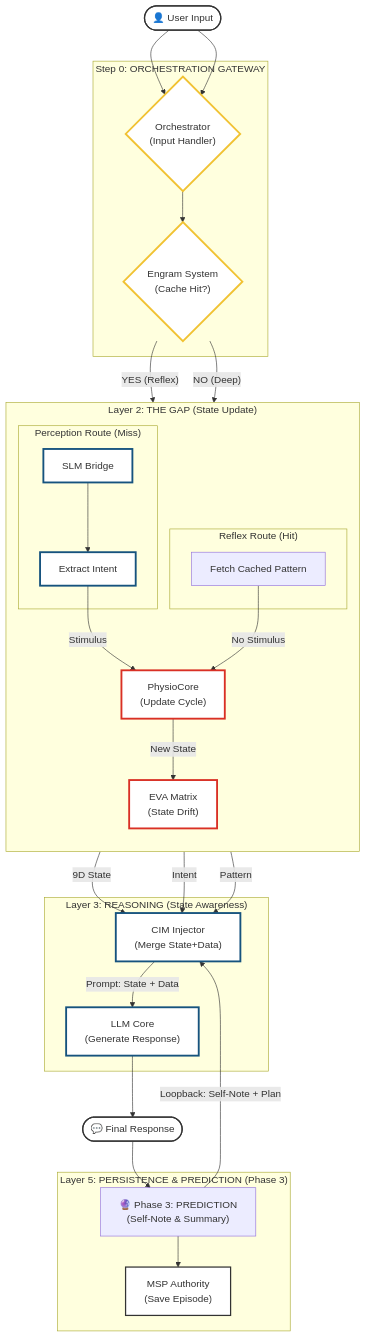
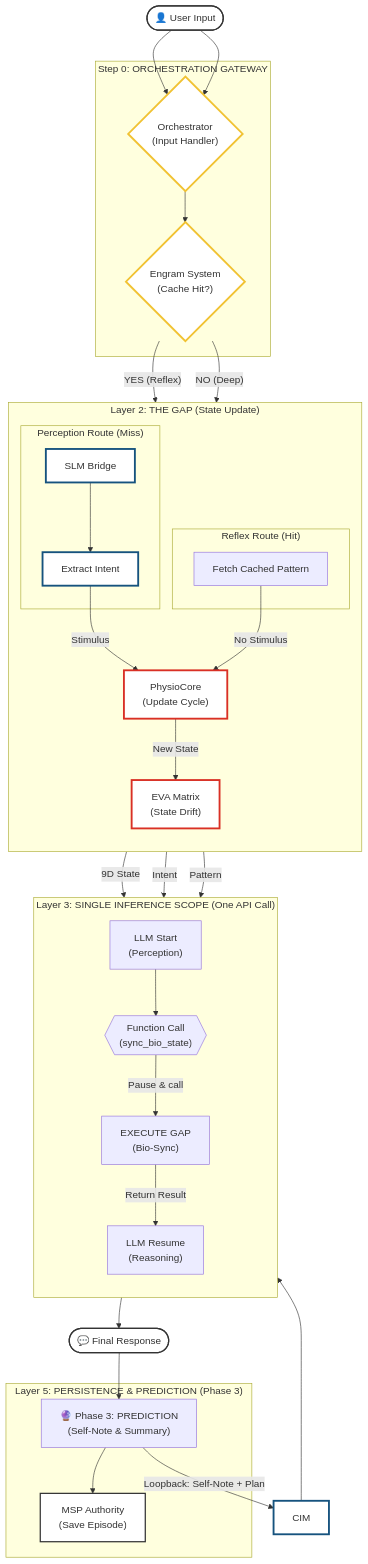
The diagram in docs/03_Architecture/FULL_SYSTEM_ARCHITECTURE_v9.6.2.md (Freshair129/agentic_agent), drawn with Mermaid before and after one commit.

Commit message:
[Docs] Enforced One-Inference Loop (Function Calling) in Architecture Diagram

```diff
--- a/docs/03_Architecture/FULL_SYSTEM_ARCHITECTURE_v9.6.2.md
+++ b/docs/03_Architecture/FULL_SYSTEM_ARCHITECTURE_v9.6.2.md
@@ -68,20 +68,29 @@
     %% 4. CONTEXT & REASONING (Synthesis)
     %% ==========================================
     %% CRITICAL: CIM must inject State into LLM regardless of path
-    subgraph Reason ["Layer 3: REASONING (State Awareness)"]
-        CIM["CIM Injector<br/>(Merge State+Data)"]
-        LLM["LLM Core<br/>(Generate Response)"]
+    %% ==========================================
+    %% 4. SINGLE INFERENCE SCOPE (Function Calling Loop)
+    %% ==========================================
+    %% CRITICAL: This is ONE API Call, paused for The Gap
+    subgraph Inference ["Layer 3: SINGLE INFERENCE SCOPE (One API Call)"]
+        direction TB
+        LLM_Start["LLM Start<br/>(Perception)"]
+        FnCall{{"Function Call<br/>(sync_bio_state)"}}
+        Gap_Execution["EXECUTE GAP<br/>(Bio-Sync)"]
+        LLM_Resume["LLM Resume<br/>(Reasoning)"]
     end
 
-    Matrix -->|9D State| CIM
-    ExtractIntent -->|Intent| CIM
-    FetchCached -->|Pattern| CIM
+    %% Wiring the Loop
+    CIM --> LLM_Start
+    LLM_Start --> FnCall
+    FnCall -->|Pause & call| Gap_Execution
     
-    CIM -->|Prompt: State + Data| LLM
-
-    %% ==========================================
-    %% 5. OUTPUT & PERSISTENCE
-    %% ==========================================
+    %% The Gap connects here
+    Matrix -->|9D State| Gap_Execution
+    ExtractIntent -->|Intent| Gap_Execution
+    FetchCached -->|Pattern| Gap_Execution
+    
+    Gap_Execution -->|Return Result| LLM_Resume
 
     %% ==========================================
     %% 5. OUTPUT & PERSISTENCE
@@ -91,7 +100,7 @@
         Phase3["🔮 Phase 3: PREDICTION<br/>(Self-Note & Summary)"]
     end
 
-    LLM --> FinalOut(["💬 Final Response"])
+    LLM_Resume --> FinalOut(["💬 Final Response"])
     FinalOut --> Phase3
     Phase3 -->|Loopback: Self-Note + Plan| CIM
     Phase3 --> MSP
```
